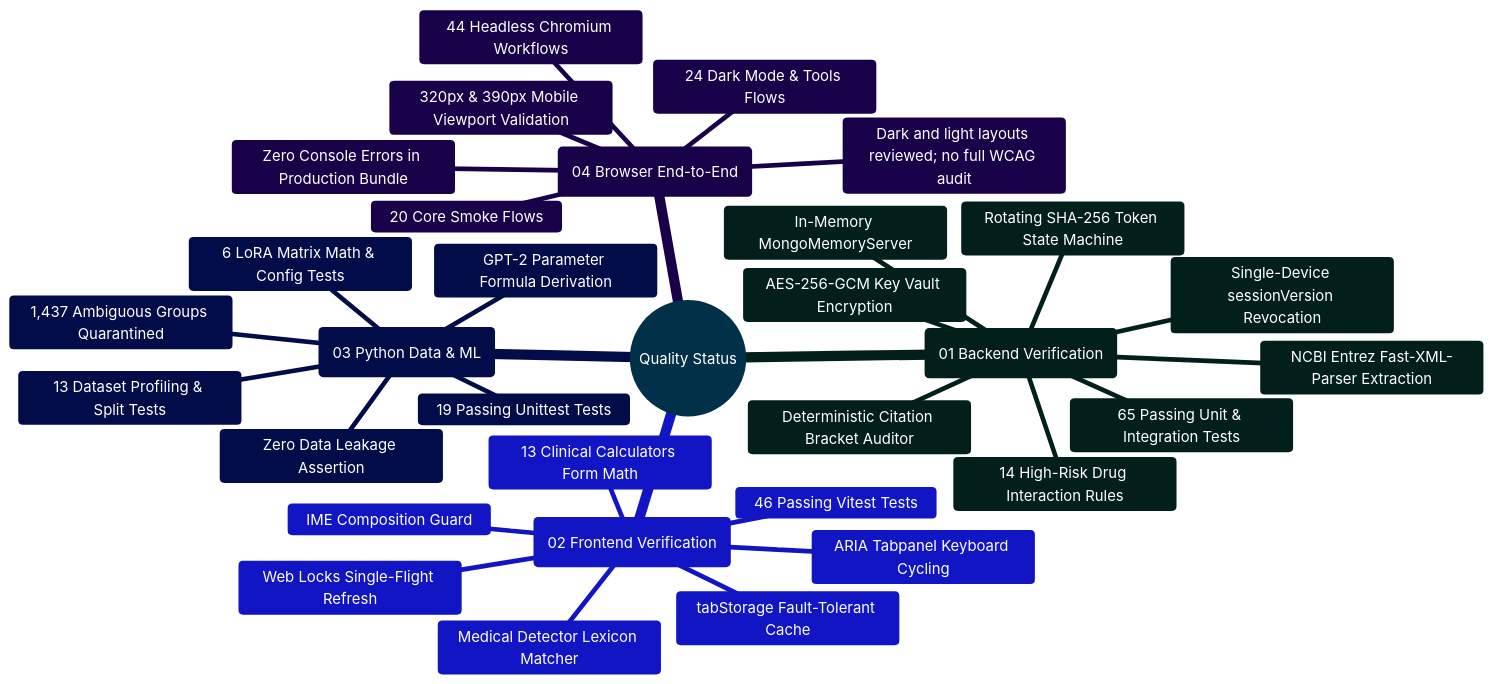
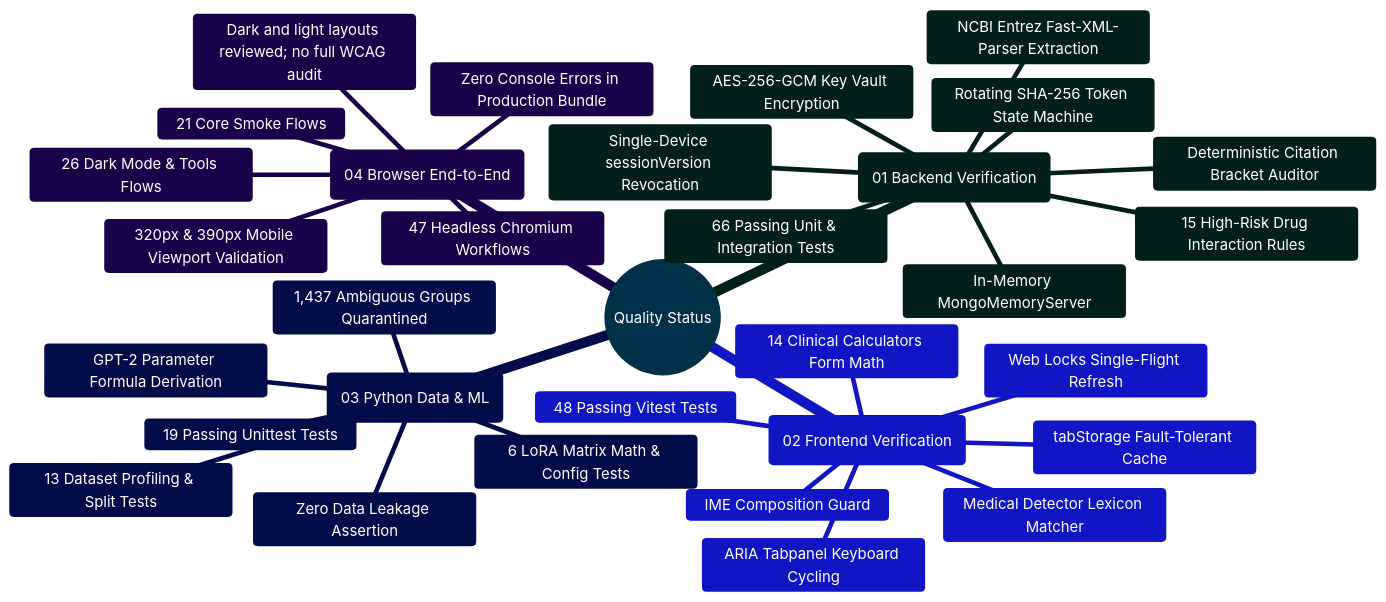
Before and after one commit to Ganesh172919/React-App-LLM: the diagram in docs/IMPLEMENTATION_STATUS.md, drawn with Mermaid. The commit also changed other lines of this file and 7 other files, not shown here.

Commit message:
docs: enrich developer extensibility guide, architecture blueprints, and LoRA custom datasets

````diff
--- a/docs/IMPLEMENTATION_STATUS.md
+++ b/docs/IMPLEMENTATION_STATUS.md
@@ -66,37 +66,37 @@
 ```mermaid
 %%{init: {'theme': 'base', 'themeVariables': { 'primaryColor': '#0284c7', 'primaryTextColor': '#ffffff', 'primaryBorderColor': '#0369a1', 'lineColor': '#0284c7', 'secondaryColor': '#0d9488', 'tertiaryColor': '#6366f1' }}}%%
 mindmap
   root((Quality Status))
     ::icon(fa fa-check-circle)
     (01 Backend Verification)
-      65 Passing Unit & Integration Tests
+      66 Passing Unit & Integration Tests
       In-Memory MongoMemoryServer
       Single-Device sessionVersion Revocation
       Rotating SHA-256 Token State Machine
       AES-256-GCM Key Vault Encryption
       NCBI Entrez Fast-XML-Parser Extraction
       Deterministic Citation Bracket Auditor
-      14 High-Risk Drug Interaction Rules
+      15 High-Risk Drug Interaction Rules
     (02 Frontend Verification)
-      46 Passing Vitest Tests
+      48 Passing Vitest Tests
       Web Locks Single-Flight Refresh
       tabStorage Fault-Tolerant Cache
       IME Composition Guard
       Medical Detector Lexicon Matcher
-      13 Clinical Calculators Form Math
+      14 Clinical Calculators Form Math
       ARIA Tabpanel Keyboard Cycling
     (03 Python Data & ML)
       19 Passing Unittest Tests
       13 Dataset Profiling & Split Tests
       6 LoRA Matrix Math & Config Tests
       Zero Data Leakage Assertion
       1,437 Ambiguous Groups Quarantined
       GPT-2 Parameter Formula Derivation
     (04 Browser End-to-End)
-      44 Headless Chromium Workflows
-      20 Core Smoke Flows
-      24 Dark Mode & Tools Flows
+      47 Headless Chromium Workflows
+      21 Core Smoke Flows
+      26 Dark Mode & Tools Flows
       320px & 390px Mobile Viewport Validation
       Dark and light layouts reviewed; no full WCAG audit
       Zero Console Errors in Production Bundle
 ```
````
